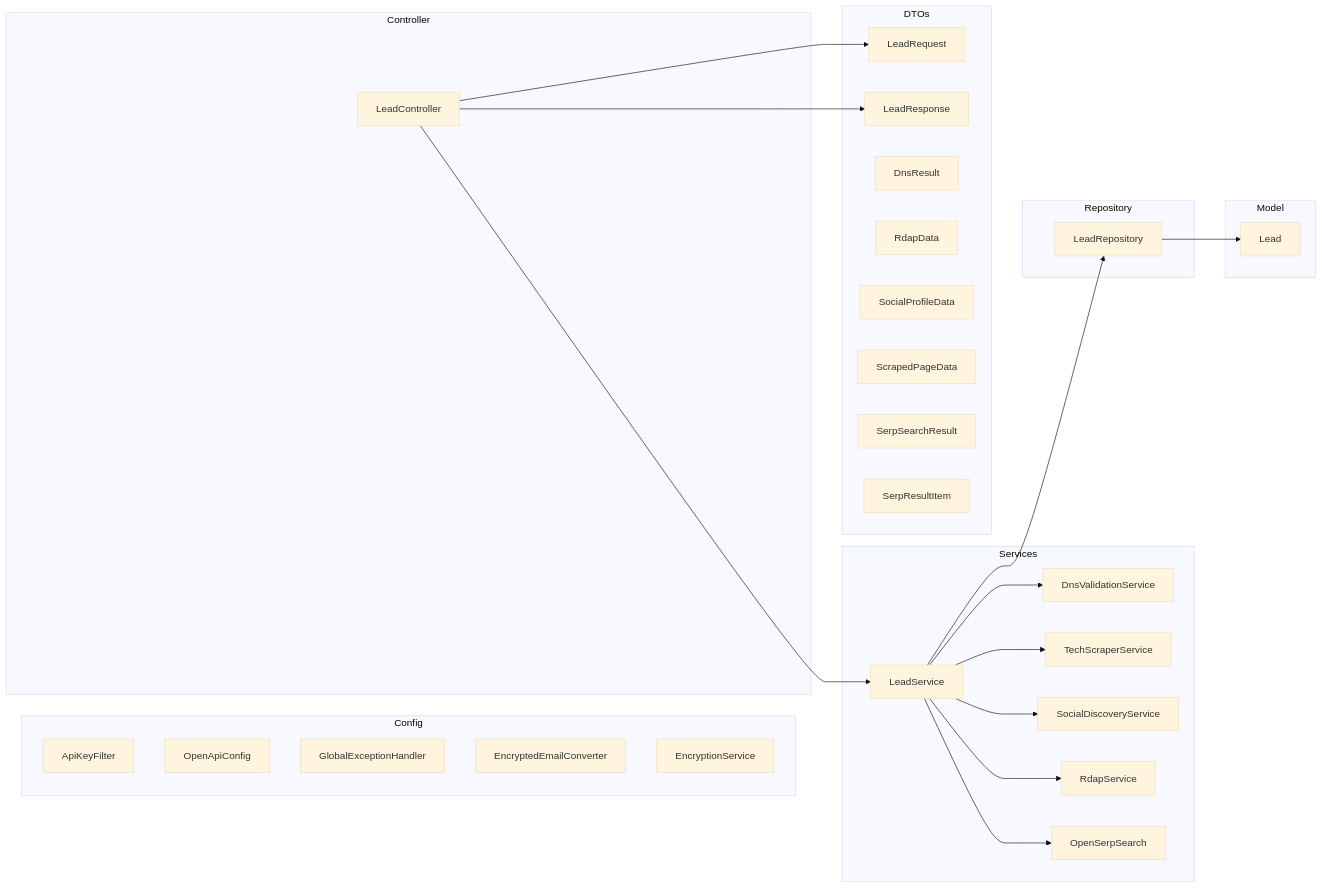
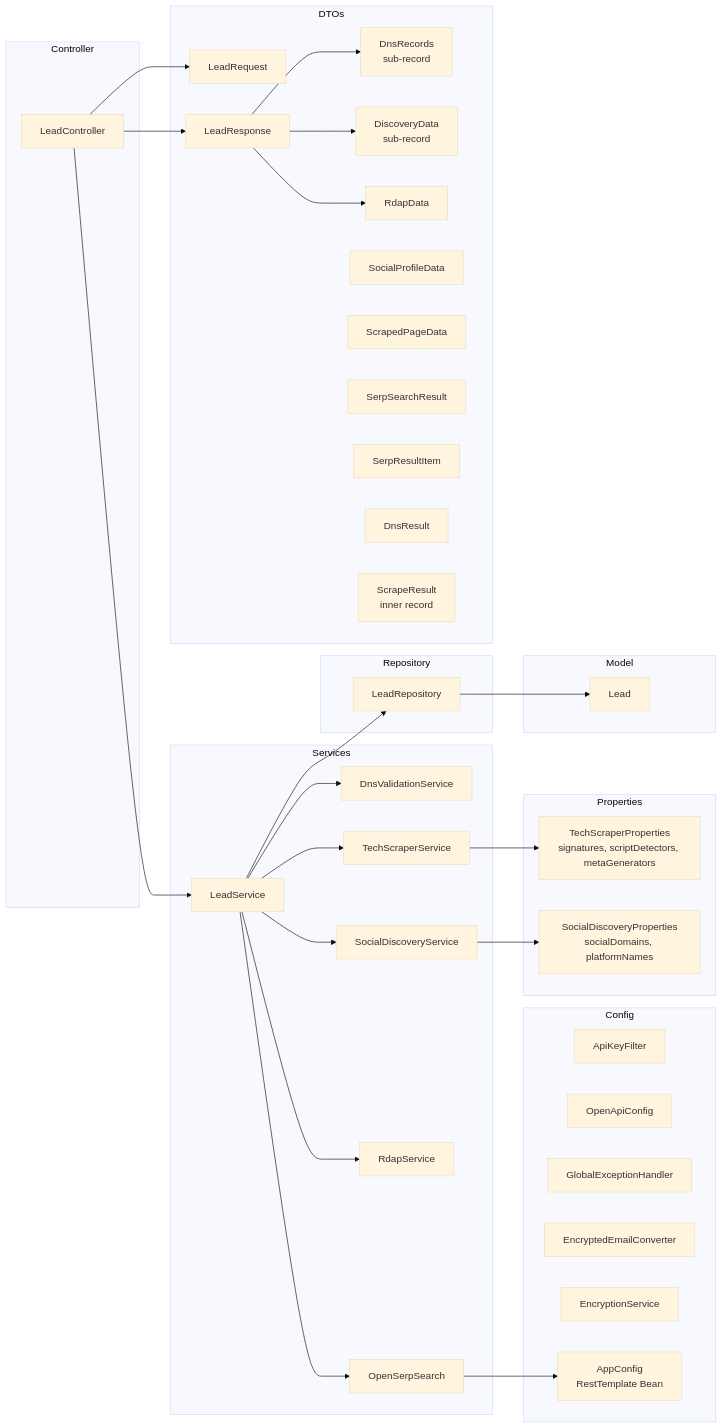
One commit to pdrodavi/lead-enrichment-api changed the second of 3 diagrams in docs/architecture.md. Above: the diagram before and after it, drawn with Mermaid (base theme). The commit also changed other lines of this file and 32 other files, not shown here.

````diff
--- a/docs/architecture.md
+++ b/docs/architecture.md
@@ -49,53 +66,68 @@
 ```mermaid
 graph LR
     subgraph "Config"
         AKF[ApiKeyFilter]
         OAC[OpenApiConfig]
         GHE[GlobalExceptionHandler]
         EEC[EncryptedEmailConverter]
         ES[EncryptionService]
+        APP[AppConfig<br/>RestTemplate Bean]
+    end
+
+    subgraph "Properties"
+        TCP[TechScraperProperties<br/>signatures, scriptDetectors, metaGenerators]
+        SDP[SocialDiscoveryProperties<br/>socialDomains, platformNames]
     end
 
     subgraph "Controller"
         LC[LeadController]
     end
 
     subgraph "Services"
         LS[LeadService]
         DVS[DnsValidationService]
         TSS[TechScraperService]
         SDS[SocialDiscoveryService]
         RS[RdapService]
         OSS[OpenSerpSearch]
     end
 
     subgraph "Repository"
         LREPO[LeadRepository]
     end
 
     subgraph "Model"
         L[Lead]
     end
 
     subgraph "DTOs"
         LRQ[LeadRequest]
         LRSP[LeadResponse]
-        DR[DnsResult]
+        DNSREC[DnsRecords<br/>sub-record]
+        DISCV[DiscoveryData<br/>sub-record]
         RD[RdapData]
         SPD[SocialProfileData]
-        SPD2[ScrapedPageData]
+        SCRDATA[ScrapedPageData]
         SSR[SerpSearchResult]
         SRI[SerpResultItem]
+        DR[DnsResult]
+        SCR[ScrapeResult<br/>inner record]
     end
 
     LC --> LS
     LS --> DVS
     LS --> TSS
     LS --> SDS
     LS --> RS
     LS --> OSS
     LS --> LREPO
     LREPO --> L
     LC --> LRQ
     LC --> LRSP
+    LRSP --> DNSREC
+    LRSP --> DISCV
+    LRSP --> RD
+    TSS --> TCP
+    SDS --> SDP
+    OSS --> APP
 ```
````
